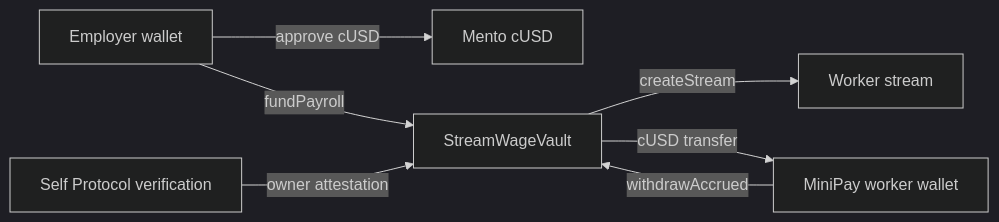
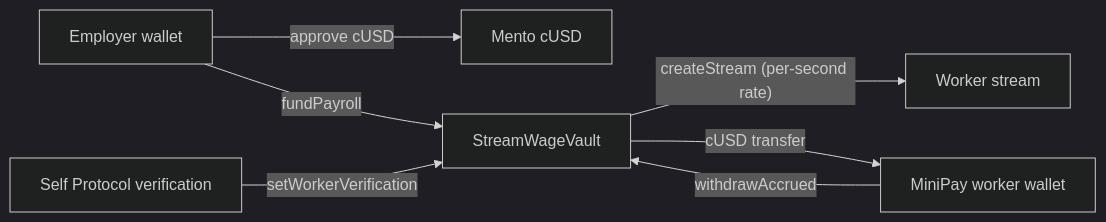
One commit to gabrielantonyxaviour/streamwage changed the diagram in README.md. Above: the diagram before and after it, drawn with Mermaid (dark theme). The commit also changed other lines of this file and 23 other files, not shown here.

````diff
--- a/README.md
+++ b/README.md
@@ -9,9 +35,9 @@
 ```mermaid
 flowchart LR
   Employer["Employer wallet"] -->|"approve cUSD"| CUSD["Mento cUSD"]
   Employer -->|"fundPayroll"| Vault["StreamWageVault"]
-  Self["Self Protocol verification"] -->|"owner attestation"| Vault
-  Vault -->|"createStream"| Stream["Worker stream"]
+  Self["Self Protocol verification"] -->|"setWorkerVerification"| Vault
+  Vault -->|"createStream (per-second rate)"| Stream["Worker stream"]
   Worker["MiniPay worker wallet"] -->|"withdrawAccrued"| Vault
   Vault -->|"cUSD transfer"| Worker
 ```
````
